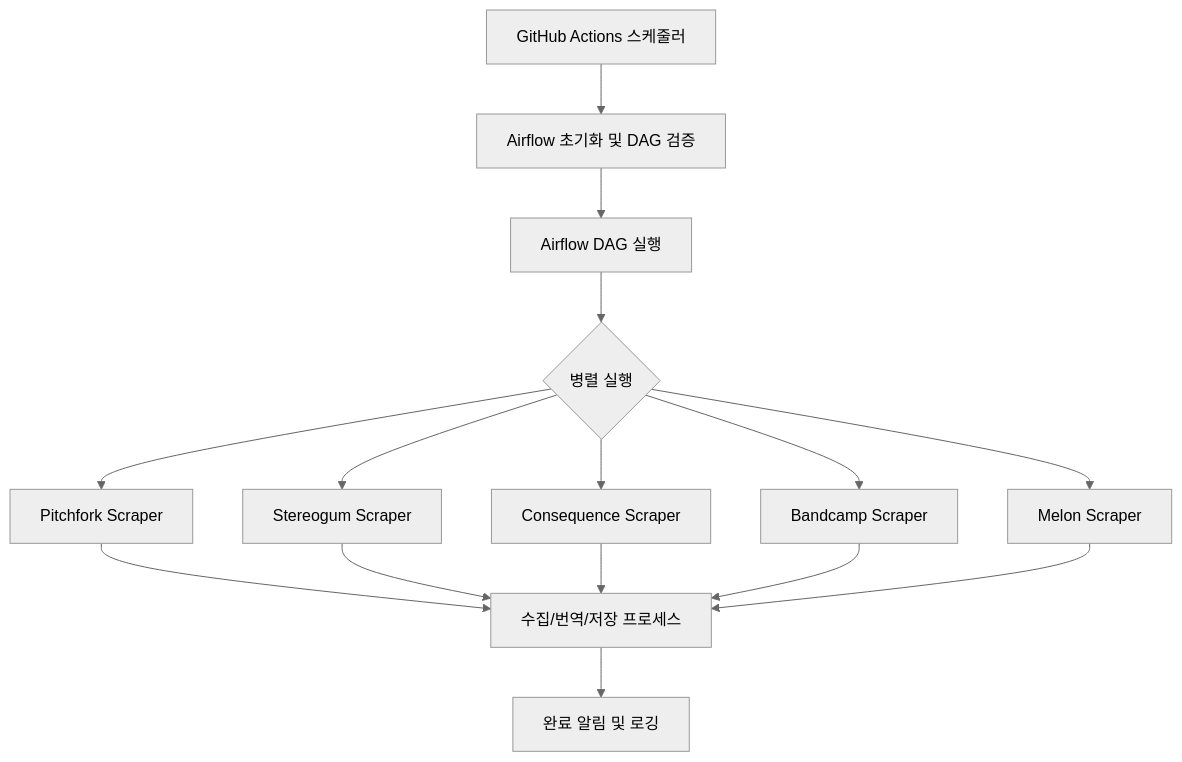
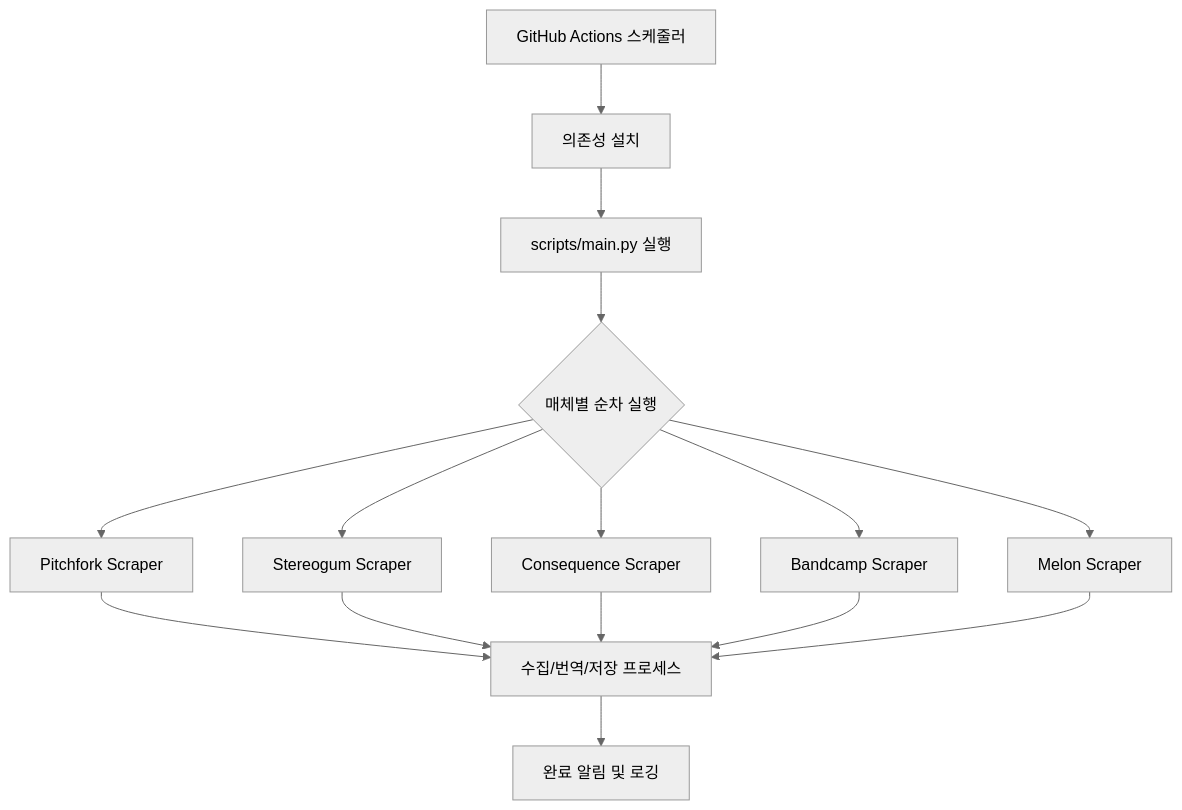
Before and after one commit to prgmd/digem: the diagram in structure.md, drawn with Mermaid (neutral theme). The commit also changed other lines of this file and 6 other files, not shown here.

````diff
--- a/structure.md
+++ b/structure.md
@@ -78,13 +71,13 @@
 ```mermaid
 graph TD
-    A[GitHub Actions 스케줄러] --> B[Airflow 초기화 및 DAG 검증]
-    B --> C[Airflow DAG 실행]
-    C --> D{병렬 실행}
+    A[GitHub Actions 스케줄러] --> B[의존성 설치]
+    B --> C[scripts/main.py 실행]
+    C --> D{매체별 순차 실행}
     D --> E[Pitchfork Scraper]
     D --> F[Stereogum Scraper]
     D --> G[Consequence Scraper]
     D --> H[Bandcamp Scraper]
     D --> I[Melon Scraper]
     E & F & G & H & I --> J[수집/번역/저장 프로세스]
     J --> K[완료 알림 및 로깅]
 ```
````
